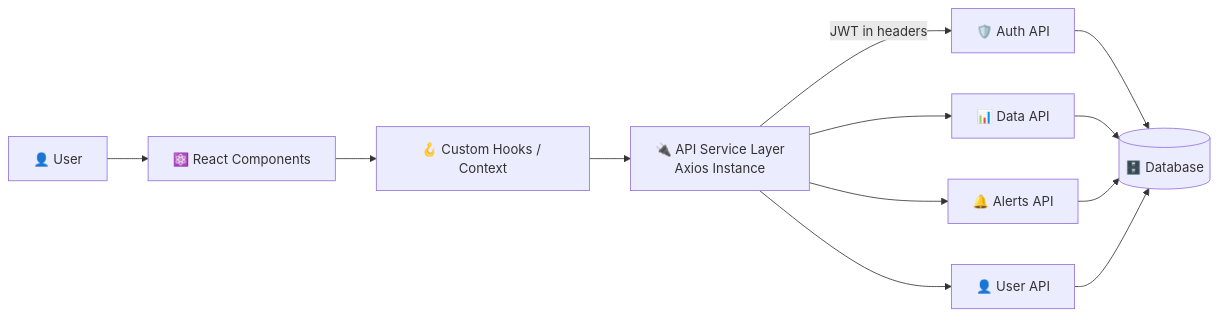
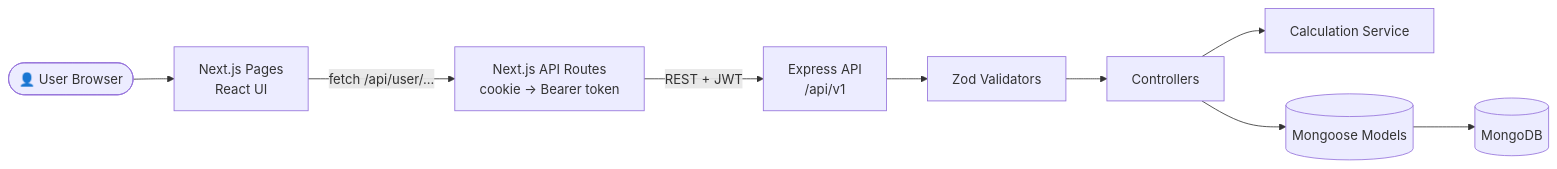
Before and after one commit to anuragsinghofficial2611/EnvoSphere: the diagram in readme.md, drawn with Mermaid. The commit also changed other lines of this file, not shown here.

````diff
--- a/readme.md
+++ b/readme.md
@@ -56,14 +85,11 @@
 ```mermaid
 flowchart LR
-    A[👤 User] --> B[⚛️ React Components]
-    B --> C[🪝 Custom Hooks / Context]
-    C --> D[🔌 API Service Layer<br/>Axios Instance]
-    D -->|JWT in headers| E[🛡️ Auth API]
-    D --> F[📊 Data API]
-    D --> G[🔔 Alerts API]
-    D --> H[👤 User API]
-    E --> I[(🗄️ Database)]
-    F --> I
-    G --> I
-    H --> I
+    U([👤 User Browser]) --> P[Next.js Pages<br/>React UI]
+    P -->|fetch /api/user/...| R[Next.js API Routes<br/>cookie → Bearer token]
+    R -->|REST + JWT| A[Express API<br/>/api/v1]
+    A --> V[Zod Validators]
+    V --> C[Controllers]
+    C --> S[Calculation Service]
+    C --> M[(Mongoose Models)]
+    M --> D[(MongoDB)]
 ```
````
